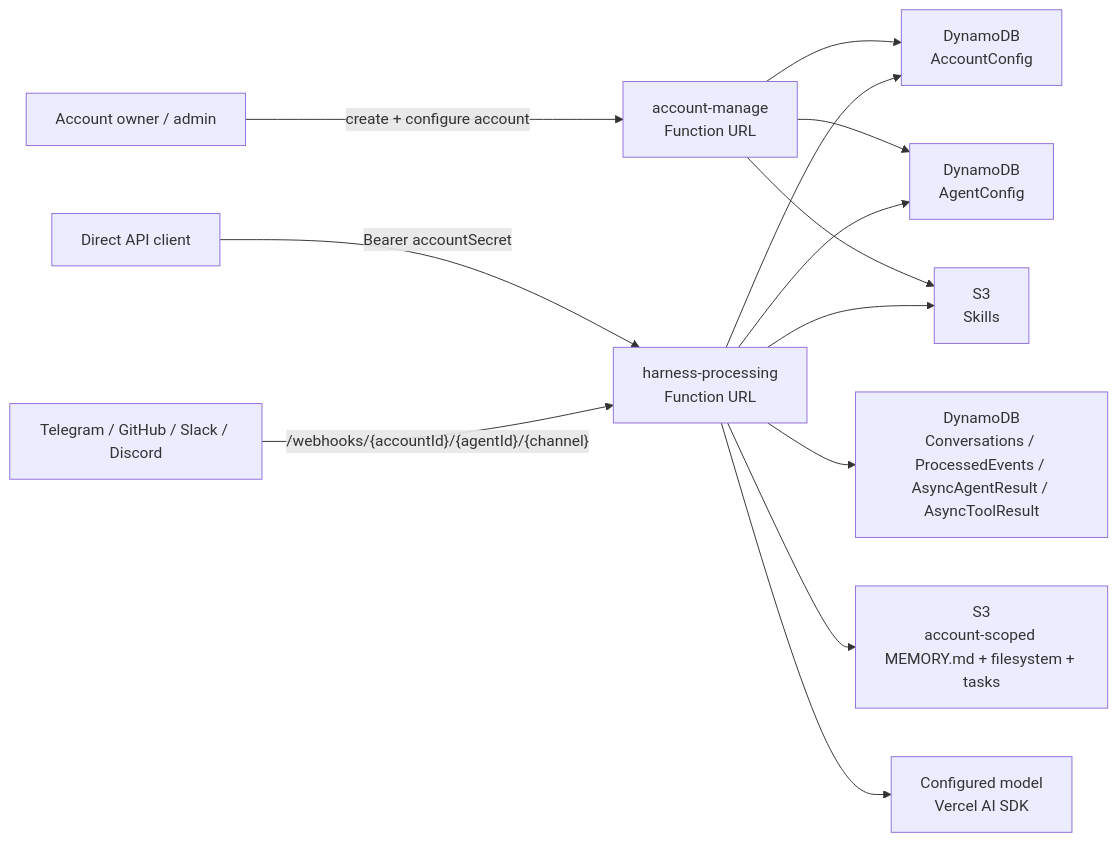
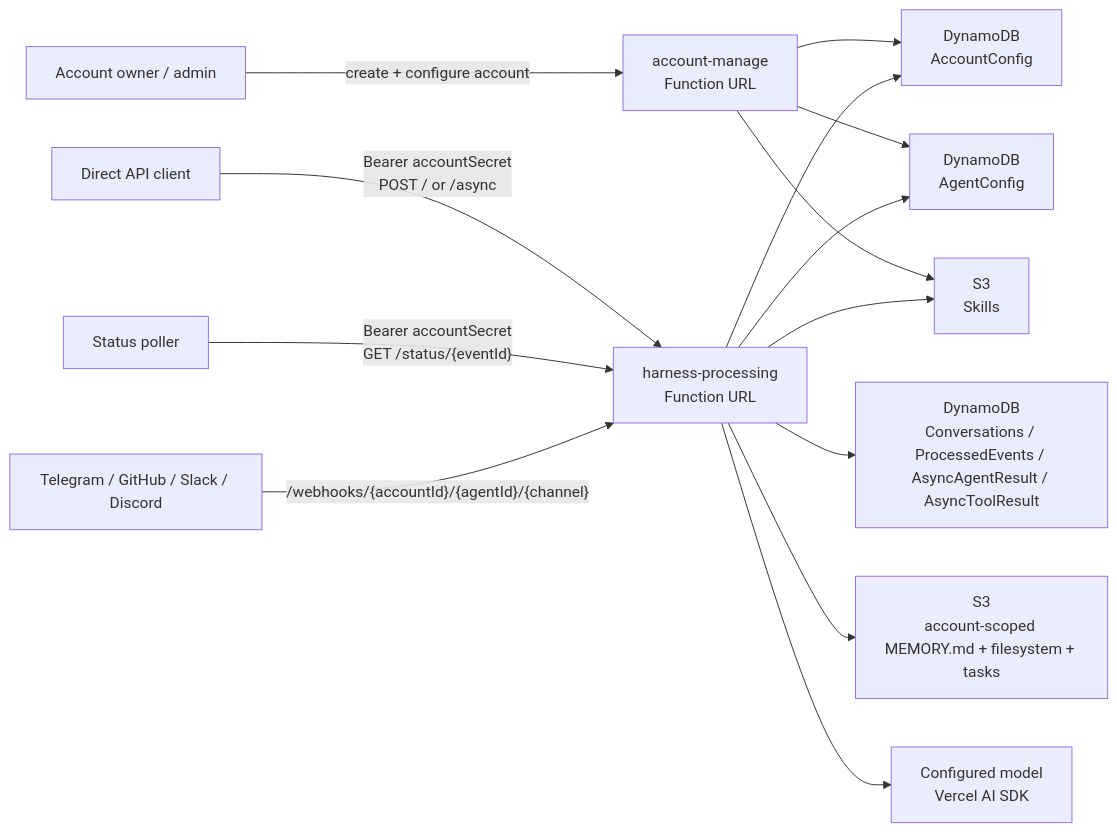
Before and after one commit to beeblastco/filthy-panty: the diagram in README.md, drawn with Mermaid. The commit also changed 3 other files, not shown here.

````diff
--- a/README.md
+++ b/README.md
@@ -27,16 +27,17 @@
 ```mermaid
 flowchart LR
   Admin["Account owner / admin"] -->|"create + configure account"| Manage["account-manage<br/>Function URL"]
-  Client["Direct API client"] -->|"Bearer accountSecret"| Harness["harness-processing<br/>Function URL"]
+  Client["Direct API client"] -->|"Bearer accountSecret<br/>POST / or /async"| Harness["harness-processing<br/>Function URL"]
+  Status["Status poller"] -->|"Bearer accountSecret<br/>GET /status/{eventId}"| Harness
   Provider["Telegram / GitHub / Slack / Discord"] -->|"/webhooks/{accountId}/{agentId}/{channel}"| Harness
 
   Manage --> Accounts["DynamoDB<br/>AccountConfig"]
   Manage --> Agents["DynamoDB<br/>AgentConfig"]
   Manage --> Skills["S3<br/>Skills"]
   Harness --> Accounts
   Harness --> Agents
   Harness --> Skills["S3<br/>Skills"]
   Harness --> Conversations["DynamoDB<br/>Conversations / ProcessedEvents / AsyncAgentResult / AsyncToolResult"]
   Harness --> Memory["S3<br/>account-scoped MEMORY.md + filesystem + tasks"]
   Harness --> Model["Configured model<br/>Vercel AI SDK"]
 ```
````
